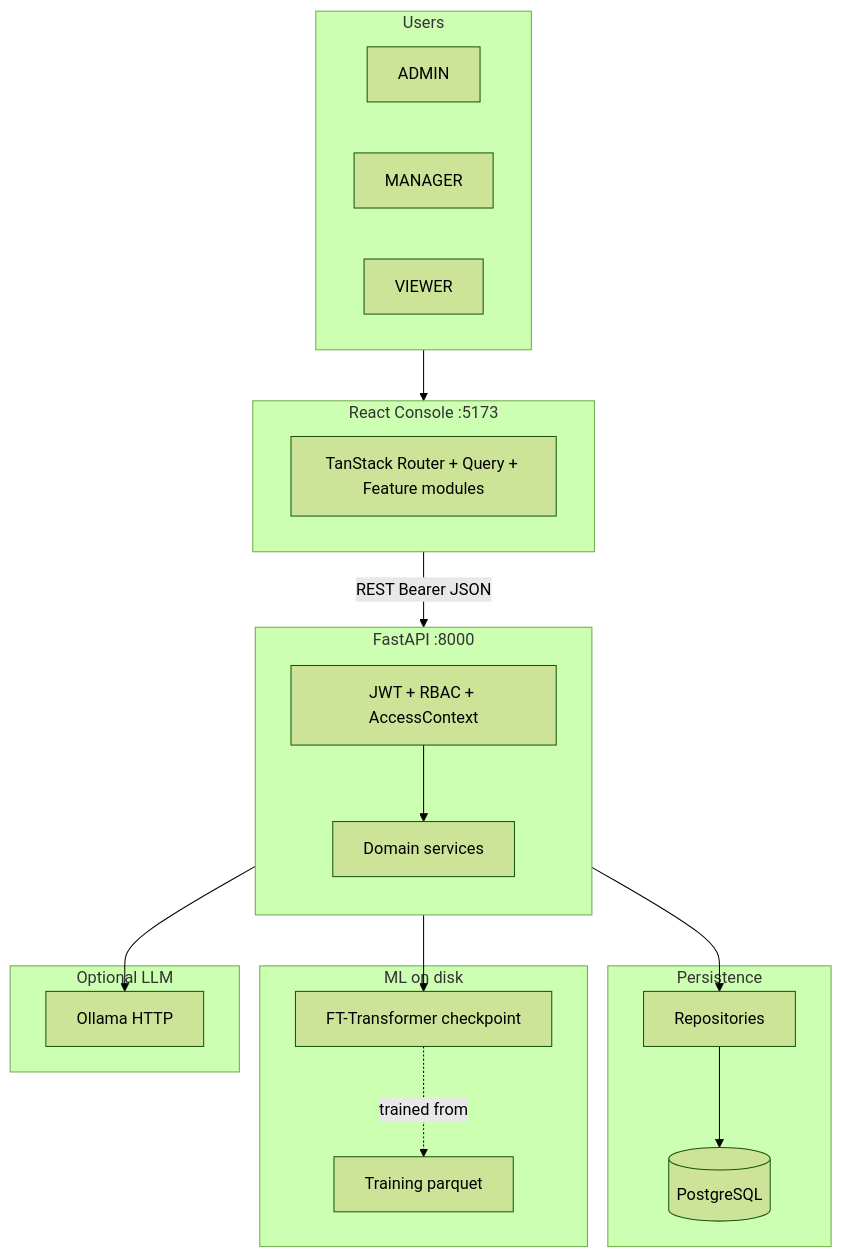
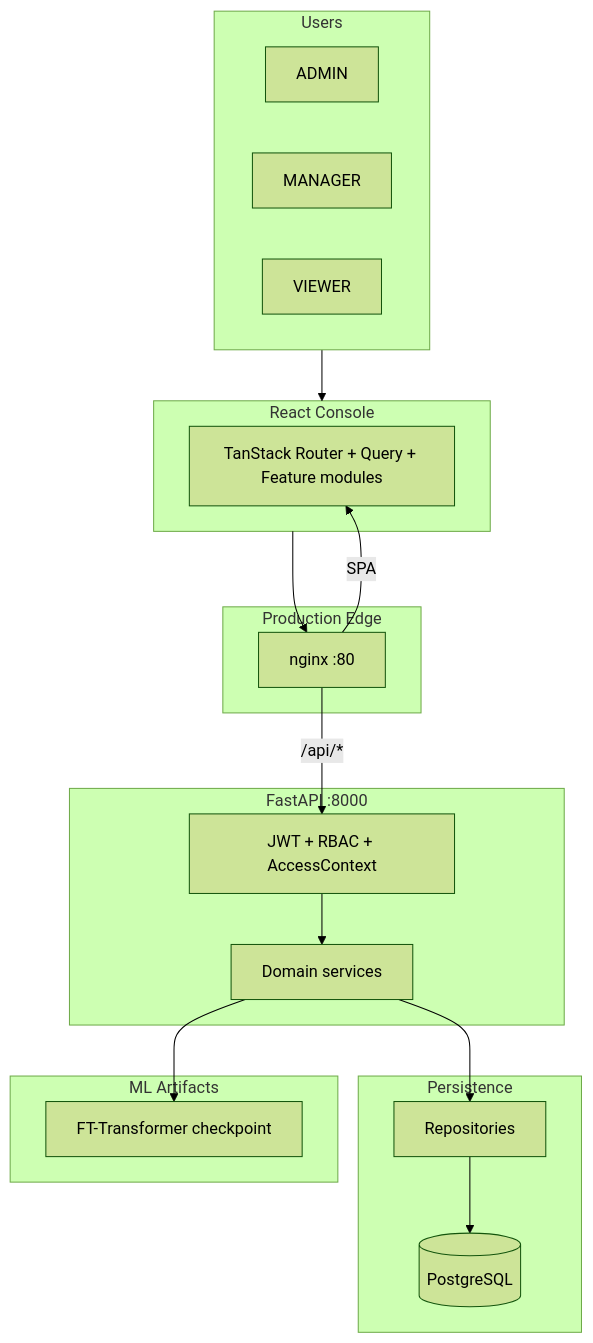
One commit to monishabharadwaj/AssetFlow changed the first of 8 diagrams in README.md. Above: the diagram before and after it, drawn with Mermaid (forest theme). The commit also changed other lines of this file and 21 other files, not shown here.

````diff
--- a/README.md
+++ b/README.md
@@ -51,41 +80,39 @@
 ```mermaid
 flowchart TB
   subgraph users [Users]
     Admin[ADMIN]
     Manager[MANAGER]
     Viewer[VIEWER]
   end
 
-  subgraph console [React Console :5173]
+  subgraph console [React Console]
     FE[TanStack Router + Query + Feature modules]
   end
 
+  subgraph edge [Production Edge]
+    NGX[nginx :80]
+  end
+
   subgraph api [FastAPI :8000]
-  direction TB
     GW[JWT + RBAC + AccessContext]
     SVC[Domain services]
     GW --> SVC
   end
 
   subgraph data [Persistence]
     PG[(PostgreSQL)]
     REPO[Repositories]
     REPO --> PG
   end
 
-  subgraph ml [ML on disk]
+  subgraph ml [ML Artifacts]
     FT[FT-Transformer checkpoint]
-    PARQ[Training parquet]
-  end
-
-  subgraph llm [Optional LLM]
-    OLL[Ollama HTTP]
   end
 
   users --> console
-  console -->|REST Bearer JSON| GW
+  console --> NGX
+  NGX -->|/api/*| GW
+  NGX -->|SPA| FE
   SVC --> REPO
   SVC --> FT
-  SVC --> OLL
-  FT -.->|trained from| PARQ
 ```
````
